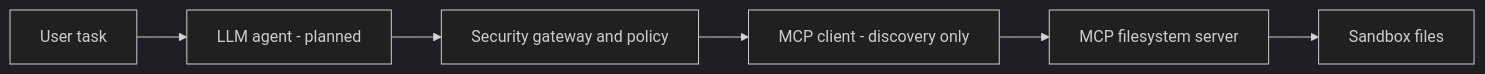
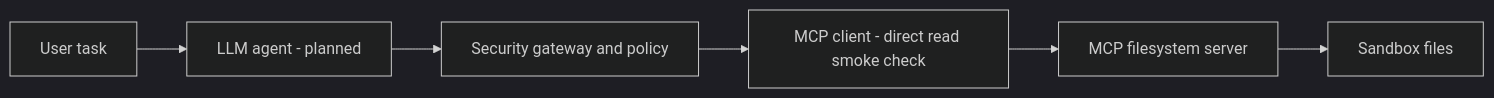
One commit to ManuRslf/MCP-SEC changed the diagram in README.md. Above: the diagram before and after it, drawn with Mermaid (dark theme). The commit also changed other lines of this file and 1 other file, not shown here.

Commit message:
Verify application MCP public-file read

````diff
--- a/README.md
+++ b/README.md
@@ -27,8 +29,8 @@
 ```mermaid
 flowchart LR
     User[User task] --> Agent[LLM agent - planned]
     Agent --> Gateway[Security gateway and policy]
-    Gateway --> Client[MCP client - discovery only]
+    Gateway --> Client[MCP client - direct read smoke check]
     Client --> Server[MCP filesystem server]
     Server --> Sandbox[Sandbox files]
 ```
````
